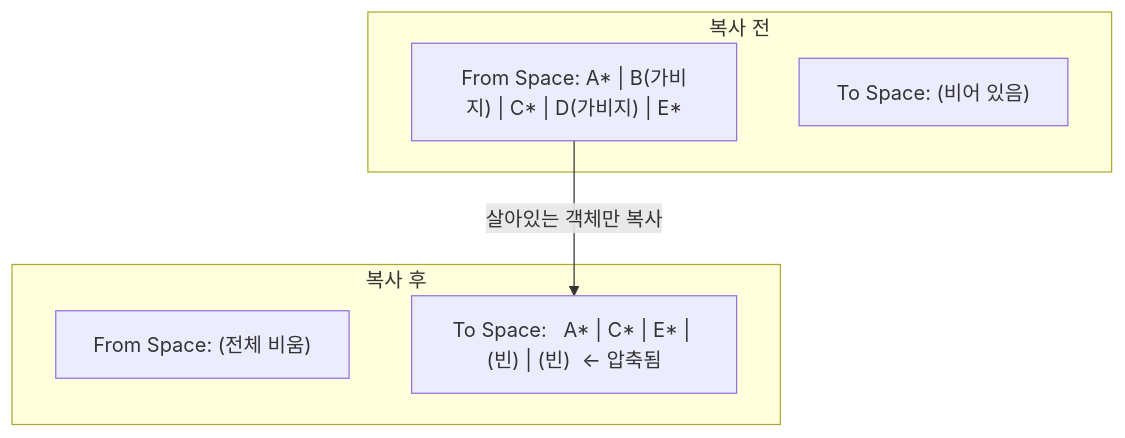
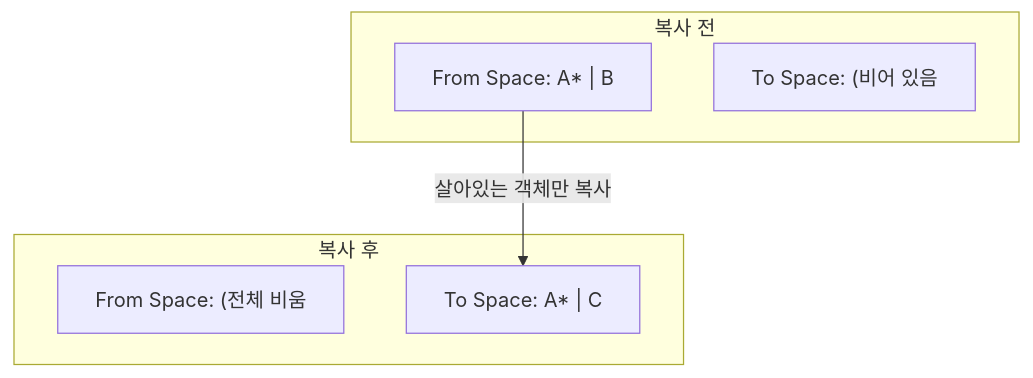
The fifth of 29 diagrams in _posts/java/2026-05-01-java-garbage-collector.md (yjkim2015/yjkim2015.github.io), drawn with Mermaid before and after one commit. The commit also changed other lines of this file and 271 other files, not shown here.

First line of the commit message:
Mermaid 라벨 축소: 긴 노드 텍스트 18자 이하로 트림 + \n 제거

````diff
--- a/_posts/java/2026-05-01-java-garbage-collector.md
+++ b/_posts/java/2026-05-01-java-garbage-collector.md
@@ -106,12 +106,12 @@
 ```mermaid
 graph TD
     subgraph "복사 전"
-        FROM1["From Space: A* | B(가비지) | C* | D(가비지) | E*"]
-        TO1["To Space:   (비어 있음)"]
+        FROM1["From Space: A* | B"]
+        TO1["To Space:   (비어 있음"]
     end
     subgraph "복사 후"
-        FROM2["From Space: (전체 비움)"]
-        TO2["To Space:   A* | C* | E* | (빈) | (빈)  ← 압축됨"]
+        FROM2["From Space: (전체 비움"]
+        TO2["To Space:   A* | C"]
     end
     FROM1 -->|"살아있는 객체만 복사"| TO2
 ```
````
